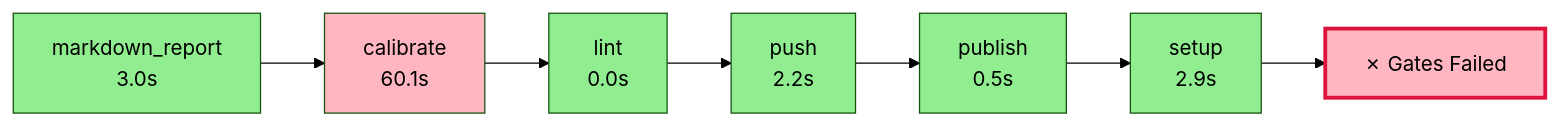
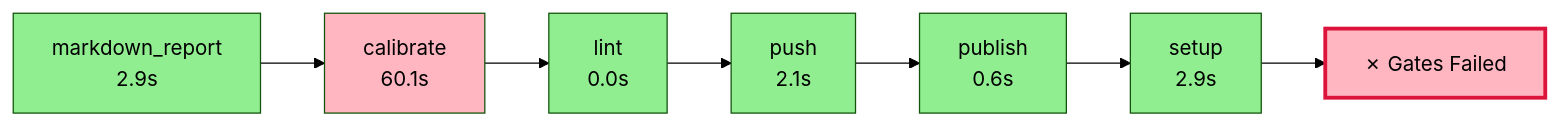
One commit to wronai/fixos changed the diagram in .pyqual/report.md. Above: the diagram before and after it, drawn with Mermaid (forest theme). The commit also changed other lines of this file and 2 other files, not shown here.

````diff
--- a/.pyqual/report.md
+++ b/.pyqual/report.md
@@ -10,23 +10,23 @@
 ```mermaid
 flowchart LR
-    S0["markdown_report<br/>3.0s"]
+    S0["markdown_report<br/>2.9s"]
     style S0 fill:#90EE90
     S1["calibrate<br/>60.1s"]
     style S1 fill:#FFB6C1
     S0 --> S1
     S2["lint<br/>0.0s"]
     style S2 fill:#90EE90
     S1 --> S2
-    S3["push<br/>2.2s"]
+    S3["push<br/>2.1s"]
     style S3 fill:#90EE90
     S2 --> S3
-    S4["publish<br/>0.5s"]
+    S4["publish<br/>0.6s"]
     style S4 fill:#90EE90
     S3 --> S4
     S5["setup<br/>2.9s"]
     style S5 fill:#90EE90
     S4 --> S5
     G["✗ Gates Failed"]
     style G fill:#FFB6C1,stroke:#DC143C,stroke-width:3px
     S5 --> G
 ```
````
